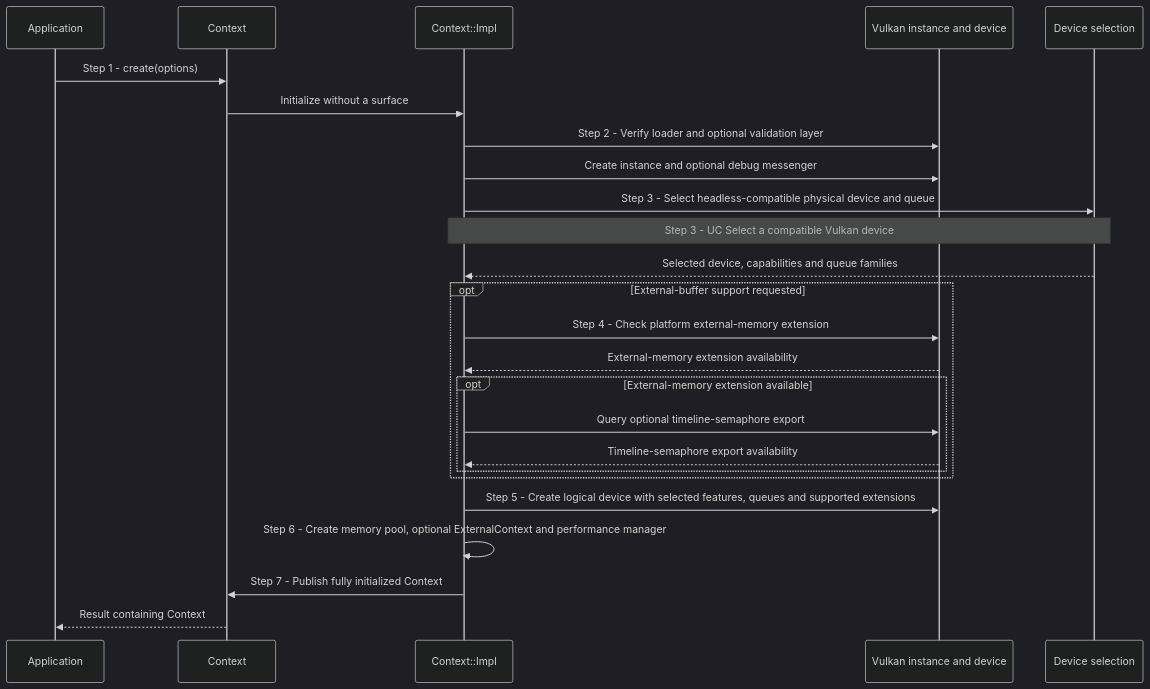
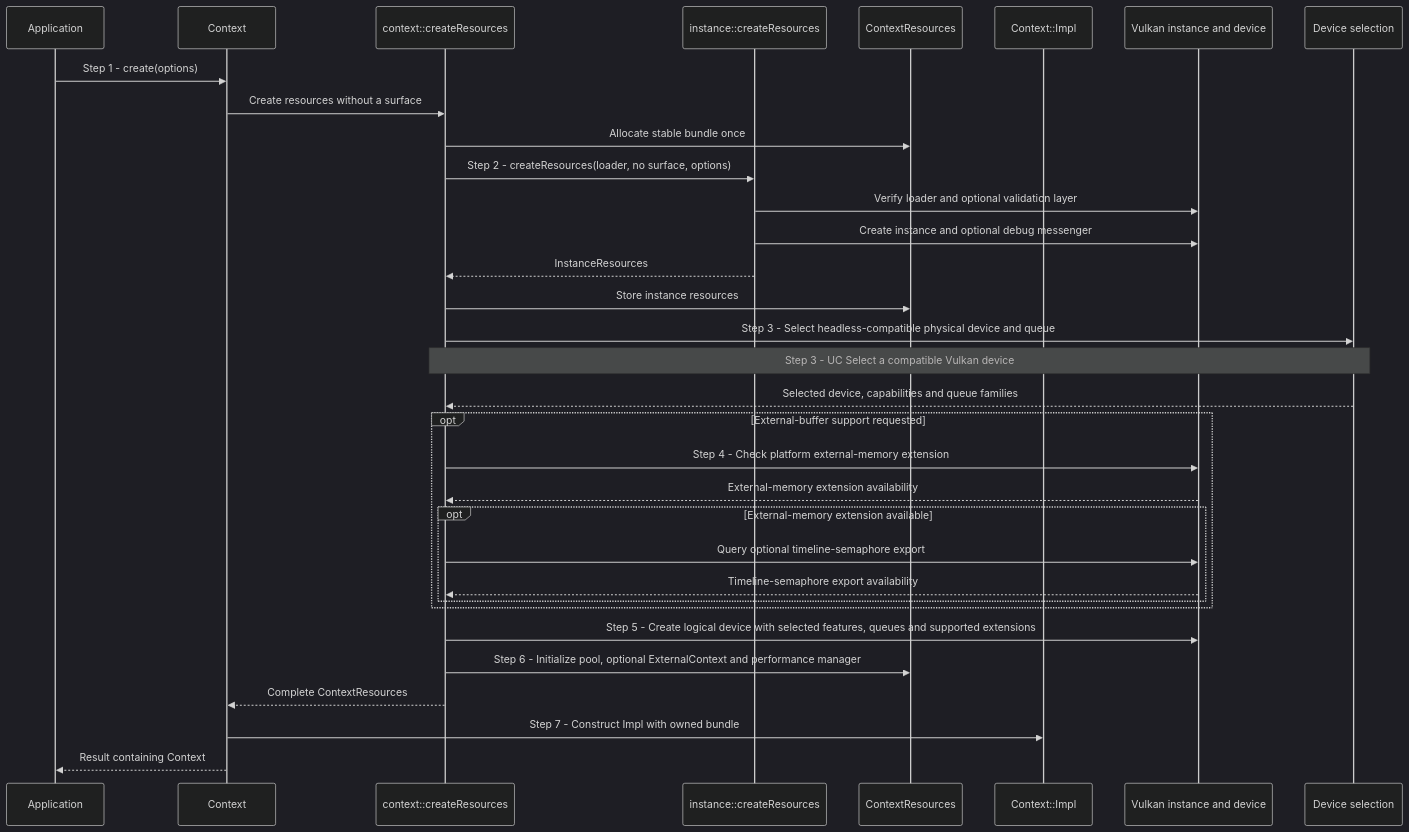
The first of 3 diagrams in docs/use-cases/create-context.md (a-soltysik/Panda), drawn with Mermaid (dark theme) before and after one commit. The commit also changed other lines of this file and 11 other files, not shown here.

````diff
--- a/docs/use-cases/create-context.md
+++ b/docs/use-cases/create-context.md
@@ -65,27 +66,35 @@
 ```mermaid
 sequenceDiagram
     participant A as Application
     participant C as Context
+    participant F as context::createResources
+    participant X as instance::createResources
+    participant R as ContextResources
     participant I as Context::Impl
     participant V as Vulkan instance and device
     participant D as Device selection
     A->>C: Step 1 - create(options)
-    C->>I: Initialize without a surface
-    I->>V: Step 2 - Verify loader and optional validation layer
-    I->>V: Create instance and optional debug messenger
-    I->>D: Step 3 - Select headless-compatible physical device and queue
-    Note over I,D: Step 3 - UC Select a compatible Vulkan device
-    D-->>I: Selected device, capabilities and queue families
+    C->>F: Create resources without a surface
+    F->>R: Allocate stable bundle once
+    F->>X: Step 2 - createResources(loader, no surface, options)
+    X->>V: Verify loader and optional validation layer
+    X->>V: Create instance and optional debug messenger
+    X-->>F: InstanceResources
+    F->>R: Store instance resources
+    F->>D: Step 3 - Select headless-compatible physical device and queue
+    Note over F,D: Step 3 - UC Select a compatible Vulkan device
+    D-->>F: Selected device, capabilities and queue families
     opt External-buffer support requested
-        I->>V: Step 4 - Check platform external-memory extension
-        V-->>I: External-memory extension availability
+        F->>V: Step 4 - Check platform external-memory extension
+        V-->>F: External-memory extension availability
         opt External-memory extension available
-            I->>V: Query optional timeline-semaphore export
-            V-->>I: Timeline-semaphore export availability
+            F->>V: Query optional timeline-semaphore export
+            V-->>F: Timeline-semaphore export availability
         end
     end
-    I->>V: Step 5 - Create logical device with selected features, queues and supported extensions
-    I->>I: Step 6 - Create memory pool, optional ExternalContext and performance manager
-    I->>C: Step 7 - Publish fully initialized Context
+    F->>V: Step 5 - Create logical device with selected features, queues and supported extensions
+    F->>R: Step 6 - Initialize pool, optional ExternalContext and performance manager
+    F-->>C: Complete ContextResources
+    C->>I: Step 7 - Construct Impl with owned bundle
     C-->>A: Result containing Context
 ```
````
